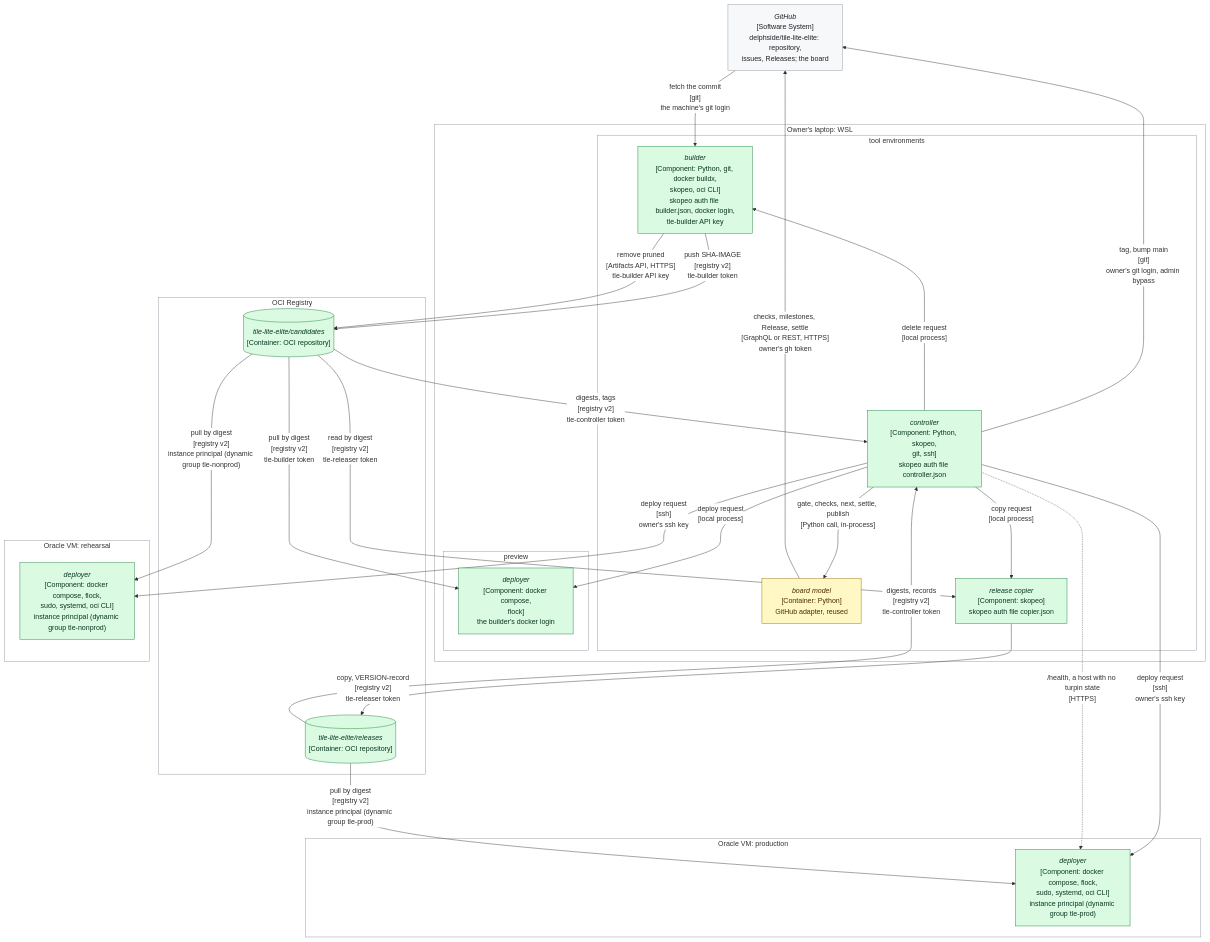
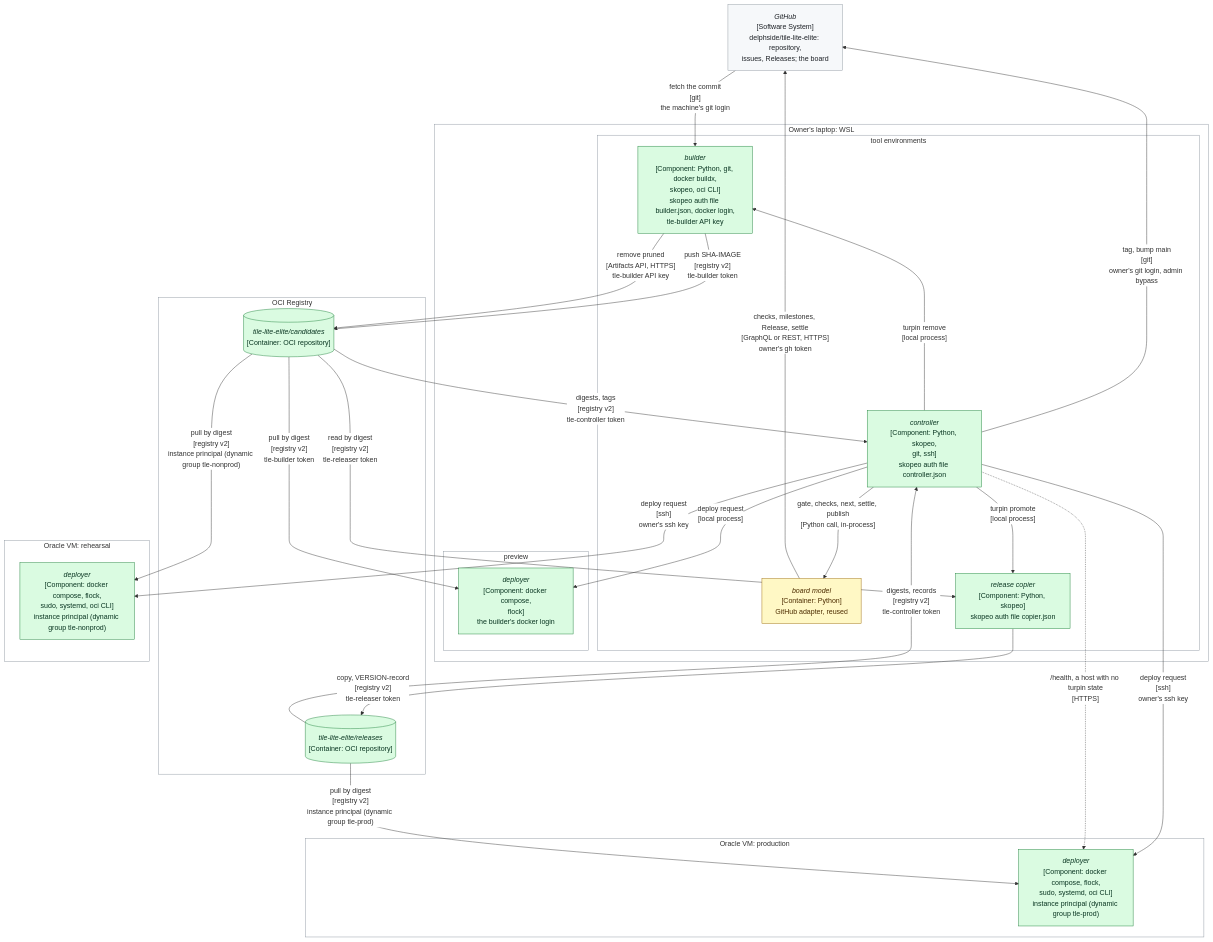
Before and after one commit to delphside/programme: the ninth of 10 diagrams in records/2.5-changes/programme-tooling/117-generic-deliver-tool/design.md, drawn with Mermaid. The commit also changed other lines of this file, not shown here.

First line of the commit message:
Change 117: copy and delete as Python turpin commands; translators

````diff
--- a/records/2.5-changes/programme-tooling/117-generic-deliver-tool/design.md
+++ b/records/2.5-changes/programme-tooling/117-generic-deliver-tool/design.md
@@ -1367,51 +1398,51 @@
 ```mermaid
 %%{init: {"themeVariables": {"clusterBkg": "#ffffff", "clusterBorder": "#8c959f", "edgeLabelBackground": "#ffffff"}}}%%
 flowchart TB
   GH["<i>GitHub</i><br>[Software System]<br>delphside/tile-lite-elite: repository,<br>issues, Releases; the board"]
   subgraph LAPTOP["Owner's laptop: WSL"]
     subgraph TOOLS["tool environments"]
       CTL["<i>controller</i><br>[Component: Python, skopeo,<br>git, ssh]<br>skopeo auth file controller.json"]
       BM["<i>board model</i><br>[Container: Python]<br>GitHub adapter, reused"]
       BLD["<i>builder</i><br>[Component: Python, git, docker buildx,<br>skopeo, oci CLI]<br>skopeo auth file builder.json, docker login,<br>tle-builder API key"]
-      COPY["<i>release copier</i><br>[Component: skopeo]<br>skopeo auth file copier.json"]
+      COPY["<i>release copier</i><br>[Component: Python, skopeo]<br>skopeo auth file copier.json"]
     end
     subgraph PREV["preview"]
       DEPP["<i>deployer</i><br>[Component: docker compose,<br>flock]<br>the builder's docker login"]
     end
   end
   subgraph OCIR["OCI Registry"]
     CAND[("<i>tile-lite-elite/candidates</i><br>[Container: OCI repository]")]
     REL[("<i>tile-lite-elite/releases</i><br>[Container: OCI repository]")]
   end
   subgraph REHVM["Oracle VM: rehearsal"]
     DEPR["<i>deployer</i><br>[Component: docker compose, flock,<br>sudo, systemd, oci CLI]<br>instance principal (dynamic group tle-nonprod)"]
   end
   subgraph PRODVM["Oracle VM: production"]
     DEPX["<i>deployer</i><br>[Component: docker compose, flock,<br>sudo, systemd, oci CLI]<br>instance principal (dynamic group tle-prod)"]
   end
   GH -->|"fetch the commit<br>[git]<br>the machine's git login"| BLD
   CTL -->|"gate, checks, next, settle, publish<br>[Python call, in-process]"| BM
   BM -->|"checks, milestones, Release, settle<br>[GraphQL or REST, HTTPS]<br>owner's gh token"| GH
   CTL -->|"tag, bump main<br>[git]<br>owner's git login, admin bypass"| GH
   BLD -->|"push SHA-IMAGE<br>[registry v2]<br>tle-builder token"| CAND
   BLD -->|"remove pruned<br>[Artifacts API, HTTPS]<br>tle-builder API key"| CAND
   CAND -->|"digests, tags<br>[registry v2]<br>tle-controller token"| CTL
   REL -->|"digests, records<br>[registry v2]<br>tle-controller token"| CTL
-  CTL -->|"delete request<br>[local process]"| BLD
-  CTL -->|"copy request<br>[local process]"| COPY
+  CTL -->|"turpin remove<br>[local process]"| BLD
+  CTL -->|"turpin promote<br>[local process]"| COPY
   CAND -->|"read by digest<br>[registry v2]<br>tle-releaser token"| COPY
   COPY -->|"copy, VERSION-record<br>[registry v2]<br>tle-releaser token"| REL
   CTL -->|"deploy request<br>[local process]"| DEPP
   CTL -->|"deploy request<br>[ssh]<br>owner's ssh key"| DEPR
   CTL -->|"deploy request<br>[ssh]<br>owner's ssh key"| DEPX
   CTL -.->|"/health, a host with no turpin state<br>[HTTPS]"| DEPX
   CAND -->|"pull by digest<br>[registry v2]<br>tle-builder token"| DEPP
   CAND -->|"pull by digest<br>[registry v2]<br>instance principal (dynamic group tle-nonprod)"| DEPR
   REL -->|"pull by digest<br>[registry v2]<br>instance principal (dynamic group tle-prod)"| DEPX
   classDef unchanged    fill:#f6f8fa,stroke:#8c959f,color:#1f2328
   classDef new          fill:#dafbe1,stroke:#1a7f37,color:#0a3622
   classDef changed      fill:#fff8c5,stroke:#9a6700,color:#4d2d00
   class CTL,BLD,COPY,DEPP,DEPR,DEPX,CAND,REL new
   class BM changed
   class GH unchanged
 ```
````
